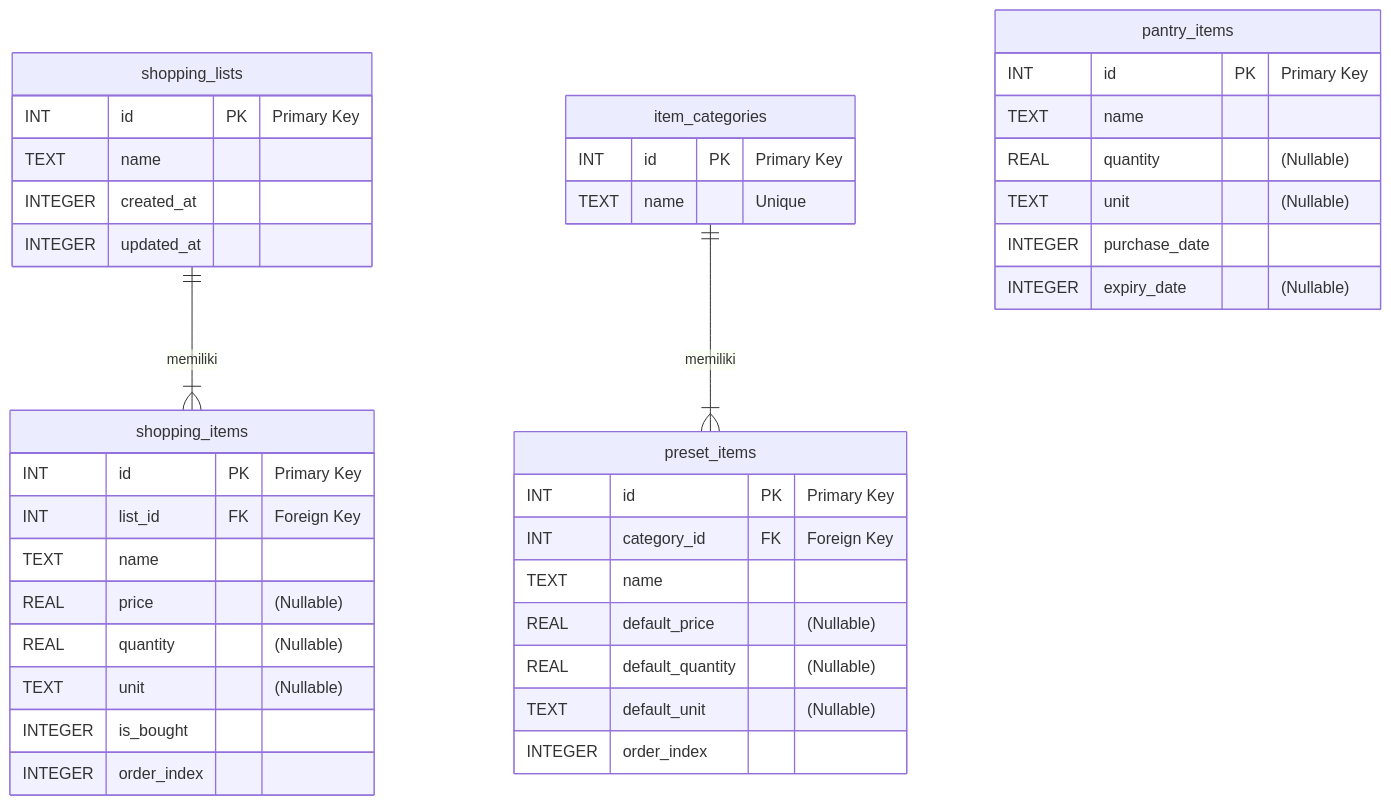
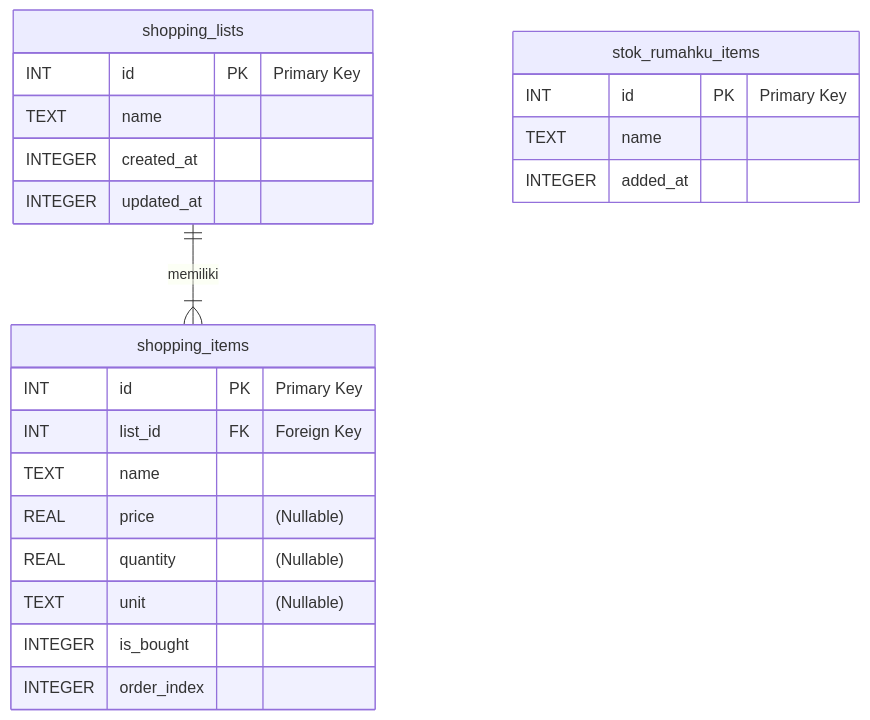
One commit to Naufal-Naazhir/Daftar-Belanjaku-App changed the diagram in docs/DokumenERD.md. Above: the diagram before and after it, drawn with Mermaid. The commit also changed other lines of this file and 27 other files, not shown here.

````diff
--- a/docs/DokumenERD.md
+++ b/docs/DokumenERD.md
@@ -22,48 +22,29 @@
 ```mermaid
 erDiagram
     shopping_lists {
         INT id PK "Primary Key"
         TEXT name
         INTEGER created_at
         INTEGER updated_at
     }
 
     shopping_items {
         INT id PK "Primary Key"
         INT list_id FK "Foreign Key"
         TEXT name
         REAL price "(Nullable)"
         REAL quantity "(Nullable)"
         TEXT unit "(Nullable)"
         INTEGER is_bought
         INTEGER order_index
     }
 
-    item_categories {
-        INT id PK "Primary Key"
-        TEXT name "Unique"
-    }
-
-    preset_items {
-        INT id PK "Primary Key"
-        INT category_id FK "Foreign Key"
-        TEXT name
-        REAL default_price "(Nullable)"
-        REAL default_quantity "(Nullable)"
-        TEXT default_unit "(Nullable)"
-        INTEGER order_index
-    }
-
-    pantry_items {
+    stok_rumahku_items {
         INT id PK "Primary Key"
         TEXT name
-        REAL quantity "(Nullable)"
-        TEXT unit "(Nullable)"
-        INTEGER purchase_date
-        INTEGER expiry_date "(Nullable)"
+        INTEGER added_at
     }
 
     shopping_lists ||--|{ shopping_items : "memiliki"
-    item_categories ||--|{ preset_items : "memiliki"
 
 ```
````
